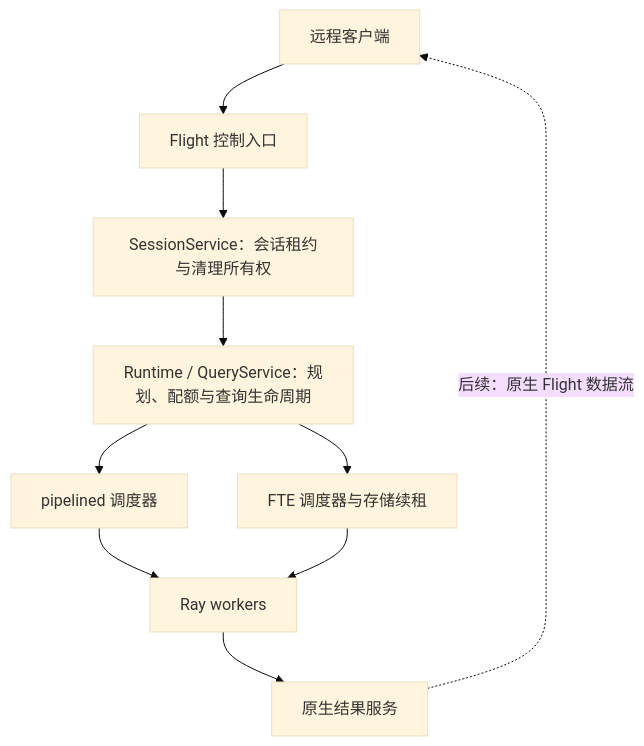
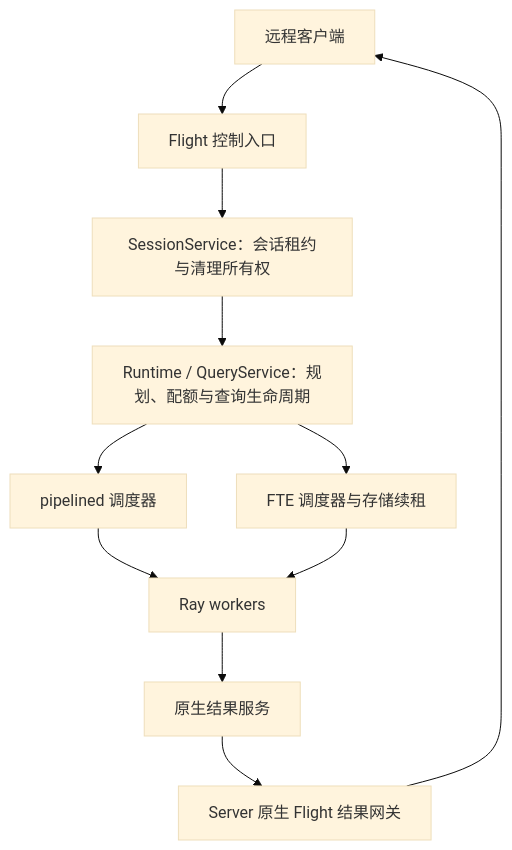
The diagram in SERVER_DESIGN.md (AstroVela/vane), drawn with Mermaid (base theme) before and after one commit. The commit also changed other lines of this file and 22 other files, not shown here.

Commit message:
feat(server): execute remote SQL with native Flight results

````diff
--- a/SERVER_DESIGN.md
+++ b/SERVER_DESIGN.md
@@ -9,12 +9,13 @@
 ```mermaid
 flowchart TB
     C[远程客户端] --> F[Flight 控制入口]
     F --> S[SessionService：会话租约与清理所有权]
     S --> R[Runtime / QueryService：规划、配额与查询生命周期]
     R --> P[pipelined 调度器]
     R --> E[FTE 调度器与存储续租]
     P --> W[Ray workers]
     E --> W
     W --> D[原生结果服务]
-    D -. 后续：原生 Flight 数据流 .-> C
+    D --> G[Server 原生 Flight 结果网关]
+    G --> C
 ```
````
